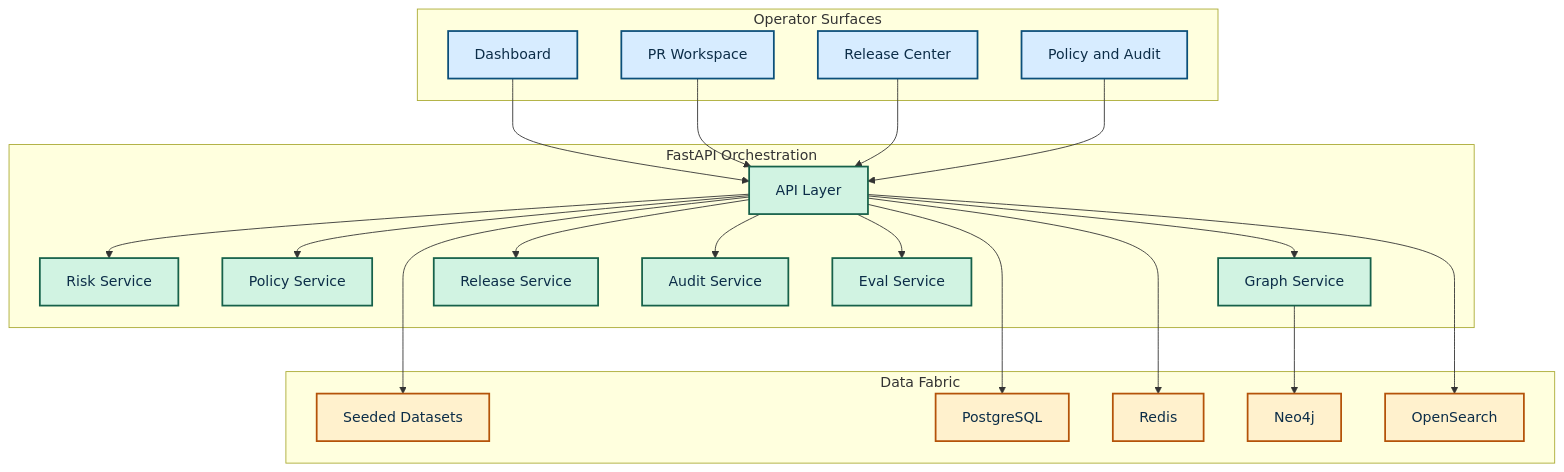
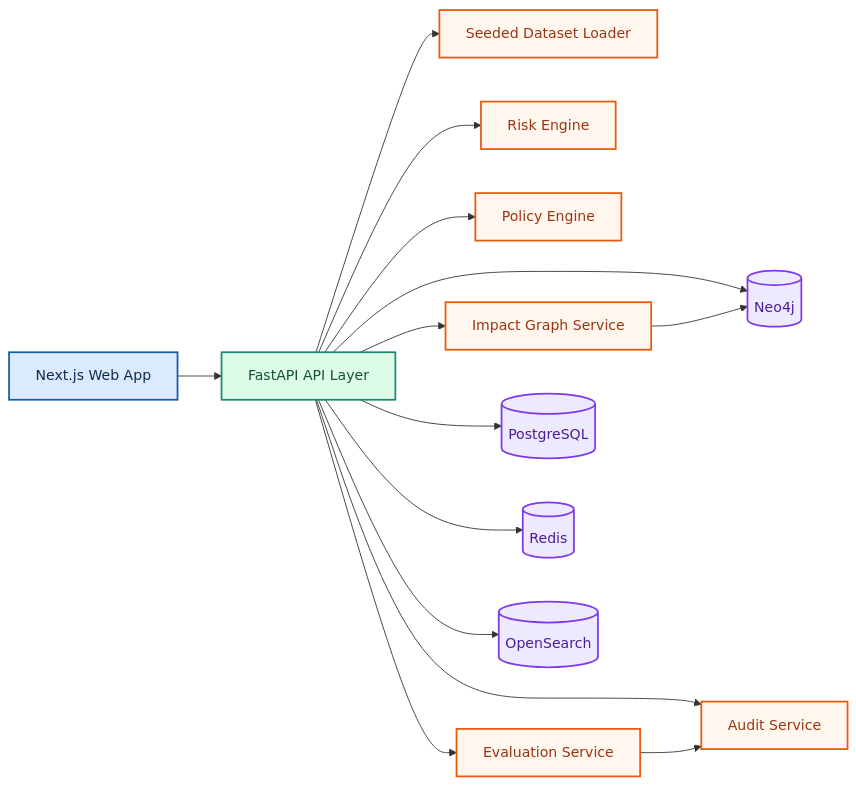
The diagram in docs/diagrams/overview.mmd (PSR94/VANGUARD), drawn with Mermaid before and after one commit. The commit also changed 14 other files, not shown here.

Commit message:
docs: restore chart structure and refine preview visuals

```diff
--- a/docs/diagrams/overview.mmd
+++ b/docs/diagrams/overview.mmd
@@ -1,51 +1,24 @@
-flowchart TB
-  subgraph UI["Operator Surfaces"]
-    DASH["Dashboard"]
-    PR["PR Workspace"]
-    REL["Release Center"]
-    GOV["Policy and Audit"]
-  end
+flowchart LR
+  UI[Next.js Web App] --> API[FastAPI API Layer]
+  API --> DS[Seeded Dataset Loader]
+  API --> RISK[Risk Engine]
+  API --> POLICY[Policy Engine]
+  API --> GRAPH[Impact Graph Service]
+  API --> EVAL[Evaluation Service]
+  API --> AUDIT[Audit Service]
+  API --> PG[(PostgreSQL)]
+  API --> REDIS[(Redis)]
+  API --> NEO4J[(Neo4j)]
+  API --> OS[(OpenSearch)]
+  GRAPH --> NEO4J
+  EVAL --> AUDIT
 
-  subgraph API["FastAPI Orchestration"]
-    MAIN["API Layer"]
-    RISK["Risk Service"]
-    POLICY["Policy Service"]
-    GRAPH["Graph Service"]
-    RELEASE["Release Service"]
-    AUDIT["Audit Service"]
-    EVAL["Eval Service"]
-  end
+  classDef entry fill:#dbeafe,stroke:#145DA0,color:#0C2D48,stroke-width:2px;
+  classDef core fill:#dcfce7,stroke:#1f8a70,color:#14532d,stroke-width:2px;
+  classDef service fill:#fff7ed,stroke:#ea580c,color:#9a3412,stroke-width:2px;
+  classDef storage fill:#ede9fe,stroke:#7c3aed,color:#4c1d95,stroke-width:2px;
 
-  subgraph DATA["Data Fabric"]
-    SEED["Seeded Datasets"]
-    PG["PostgreSQL"]
-    REDIS["Redis"]
-    NEO["Neo4j"]
-    OS["OpenSearch"]
-  end
-
-  DASH --> MAIN
-  PR --> MAIN
-  REL --> MAIN
-  GOV --> MAIN
-
-  MAIN --> RISK
-  MAIN --> POLICY
-  MAIN --> GRAPH
-  MAIN --> RELEASE
-  MAIN --> AUDIT
-  MAIN --> EVAL
-
-  GRAPH --> NEO
-  MAIN --> PG
-  MAIN --> REDIS
-  MAIN --> OS
-  MAIN --> SEED
-
-  classDef ui fill:#d7ecff,stroke:#0b4f7a,color:#0c2d48,stroke-width:2px;
-  classDef api fill:#d1f3e2,stroke:#16614a,color:#0c2d48,stroke-width:2px;
-  classDef data fill:#fff1cd,stroke:#b45309,color:#0c2d48,stroke-width:2px;
-
-  class DASH,PR,REL,GOV ui;
-  class MAIN,RISK,POLICY,GRAPH,RELEASE,AUDIT,EVAL api;
-  class SEED,PG,REDIS,NEO,OS data;
+  class UI entry;
+  class API core;
+  class DS,RISK,POLICY,GRAPH,EVAL,AUDIT service;
+  class PG,REDIS,NEO4J,OS storage;
```
